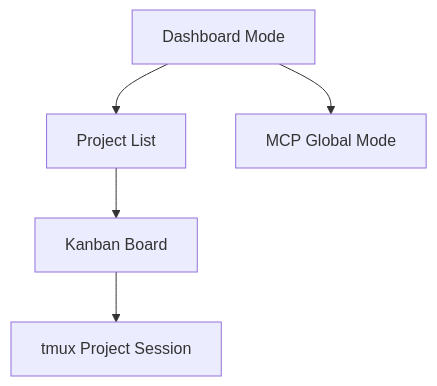
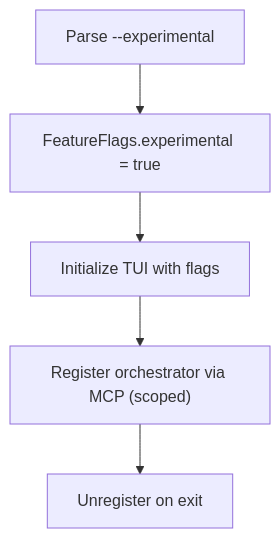
The fourth of 9 diagrams in .qoder/repowiki/en/content/Advanced Features/Advanced Features.md (bramburn/agtx), drawn with Mermaid before and after one commit. The commit also changed other lines of this file and 140 other files, not shown here.

````diff
--- a/.qoder/repowiki/en/content/Advanced Features/Advanced Features.md
+++ b/.qoder/repowiki/en/content/Advanced Features/Advanced Features.md
@@ -207,7 +174,7 @@
 ```mermaid
-graph TB
-Dash["Dashboard Mode"] --> ProjList["Project List"]
-ProjList --> Board["Kanban Board"]
-Board --> Tmux["tmux Project Session"]
-Dash --> MCP["MCP Global Mode"]
+flowchart TD
+CLI["Parse --experimental"] --> Flags["FeatureFlags.experimental = true"]
+Flags --> TUIInit["Initialize TUI with flags"]
+TUIInit --> MCPReg["Register orchestrator via MCP (scoped)"]
+MCPReg --> Cleanup["Unregister on exit"]
 ```
````
